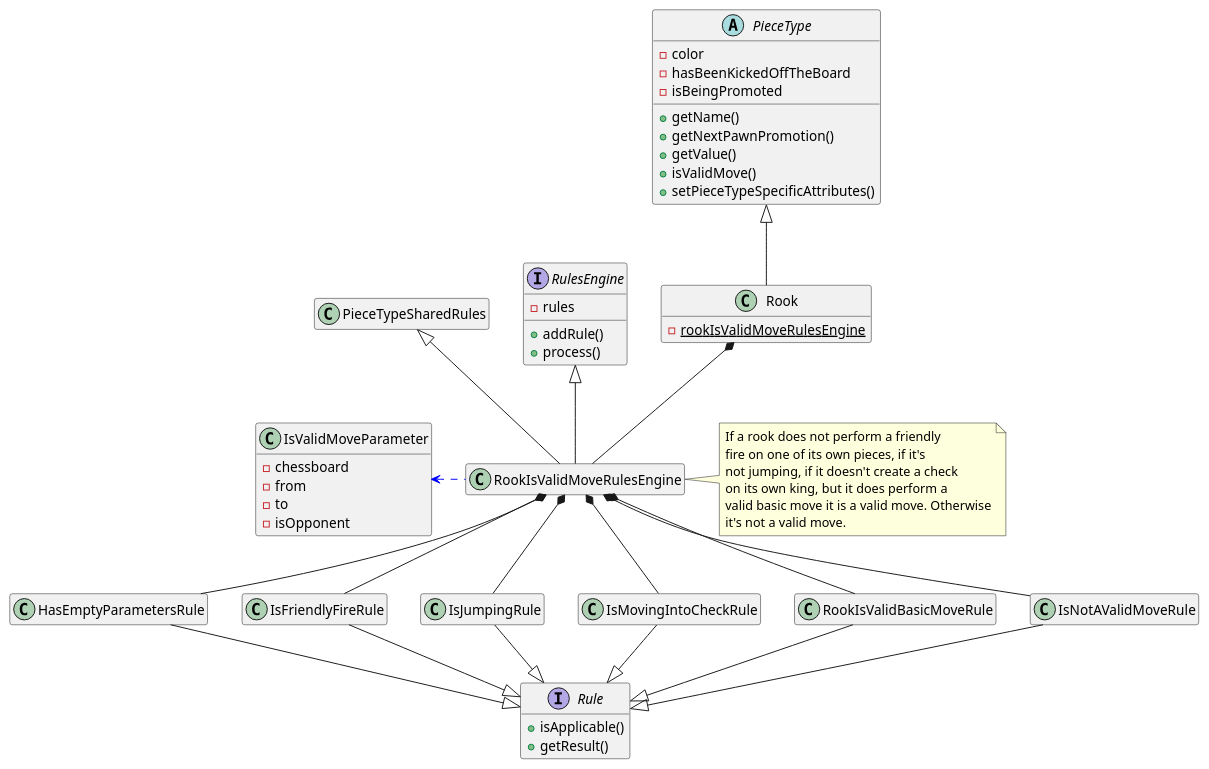
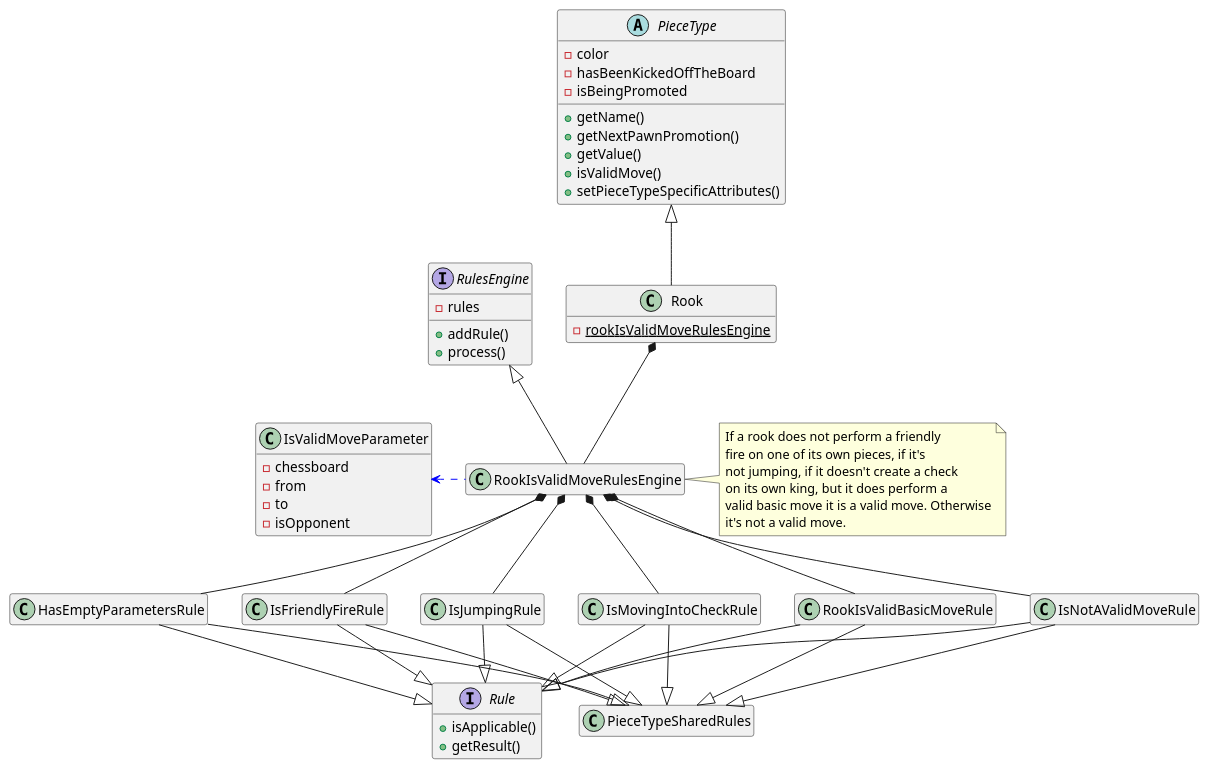
Before and after one commit to tiktaalick/chess-with-database: the diagram in game/src/main/resources/uml/rook.puml, drawn with PlantUML. The commit also changed 6 other files, not shown here.

Commit message:
Small changes to the class diagrams.

```diff
--- a/game/src/main/resources/uml/rook.puml
+++ b/game/src/main/resources/uml/rook.puml
@@ -1,77 +1,85 @@
 @startuml
 
 '--------------'
 'Hidden members'
 '--------------'
 hide empty members
 
 '----'
 'Move'
 '----'
 abstract class PieceType {
     - color
     - hasBeenKickedOffTheBoard
     - isBeingPromoted
     + getName()
     + getNextPawnPromotion()
     + getValue()
     + isValidMove()
     + setPieceTypeSpecificAttributes()
 }
 
 class Rook {
     - {static} rookIsValidMoveRulesEngine
 }
 
 class IsValidMoveParameter {
     - chessboard
     - from
     - to
     - isOpponent
 }
 
 interface RulesEngine {
     - rules
     + addRule()
     + process()
 }
 
 interface Rule {
     + isApplicable()
     + getResult()
 }
 
 '---------'
 'Relations'
 '---------'
 PieceType <|-down- Rook
 Rook *-- RookIsValidMoveRulesEngine
 RookIsValidMoveRulesEngine -up-|> RulesEngine
-RookIsValidMoveRulesEngine -up-|> PieceTypeSharedRules
 RookIsValidMoveRulesEngine .left[#blue].> IsValidMoveParameter
+
 HasEmptyParametersRule -up-* RookIsValidMoveRulesEngine
 IsFriendlyFireRule -up-* RookIsValidMoveRulesEngine
 IsJumpingRule -up-* RookIsValidMoveRulesEngine
 IsMovingIntoCheckRule -up-* RookIsValidMoveRulesEngine
 RookIsValidBasicMoveRule -up-* RookIsValidMoveRulesEngine
 IsNotAValidMoveRule -up-* RookIsValidMoveRulesEngine
+
 HasEmptyParametersRule --|> Rule
 IsFriendlyFireRule --|> Rule
 IsJumpingRule --|> Rule
 IsMovingIntoCheckRule --|> Rule
 RookIsValidBasicMoveRule --|> Rule
 IsNotAValidMoveRule --|> Rule
+
+HasEmptyParametersRule -down-|> PieceTypeSharedRules
+IsFriendlyFireRule -down-|> PieceTypeSharedRules
+IsJumpingRule --|> PieceTypeSharedRules
+IsMovingIntoCheckRule -down-|> PieceTypeSharedRules
+RookIsValidBasicMoveRule -down-|> PieceTypeSharedRules
+IsNotAValidMoveRule -down-|> PieceTypeSharedRules
 
 '-----'
 'Notes'
 '-----'
 note right of RookIsValidMoveRulesEngine {
     If a rook does not perform a friendly
     fire on one of its own pieces, if it's
     not jumping, if it doesn't create a check
     on its own king, but it does perform a
     valid basic move it is a valid move. Otherwise
     it's not a valid move.
 }
 
 @enduml
```
